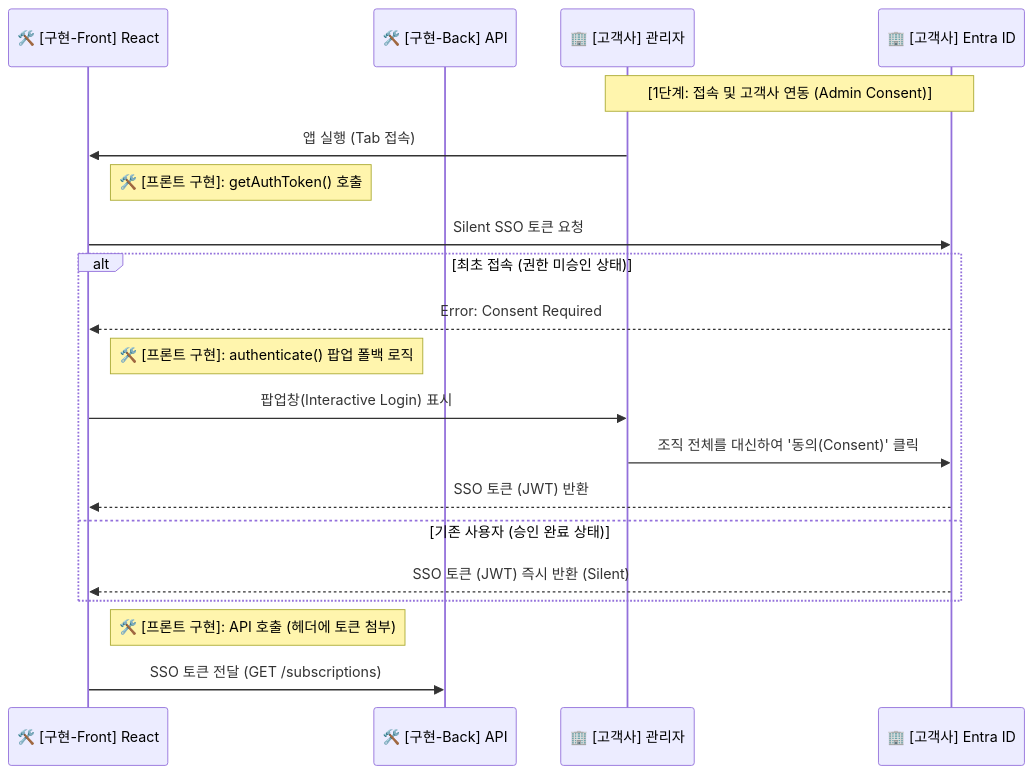
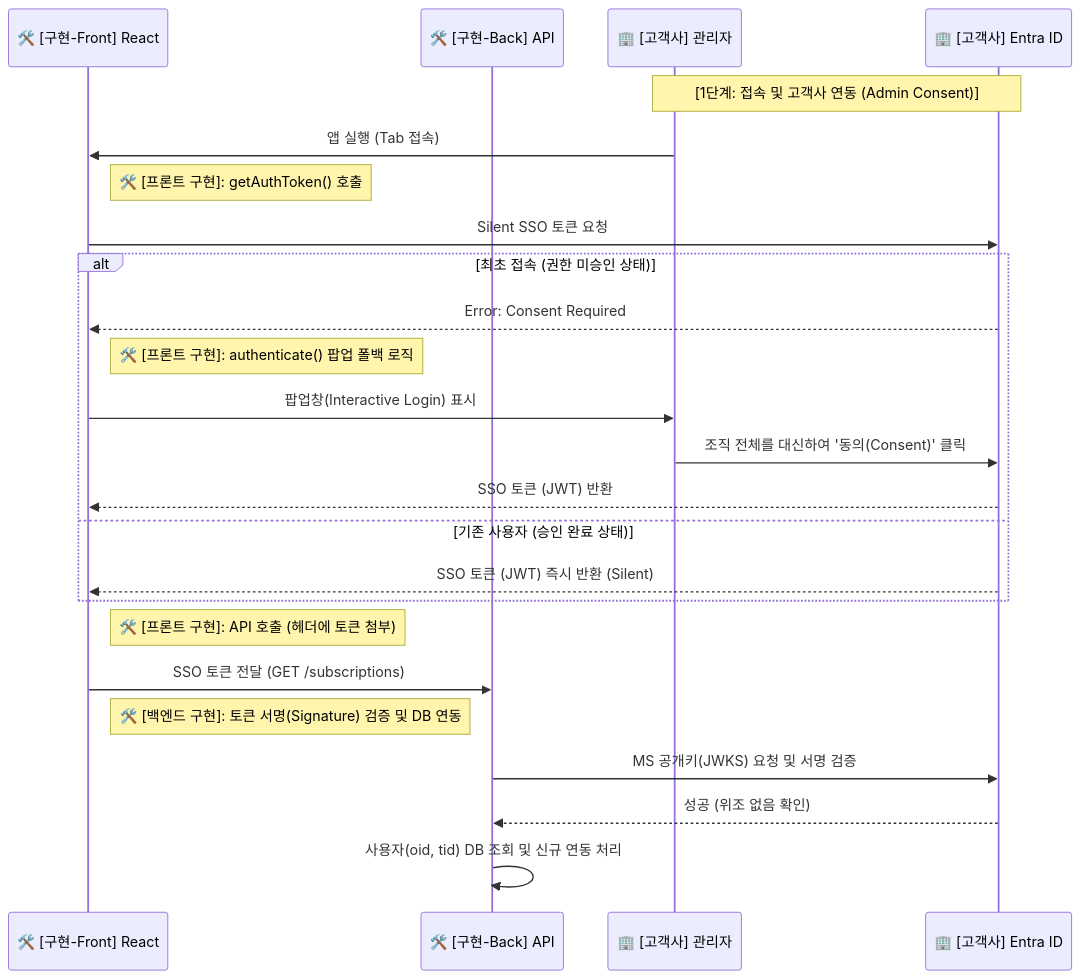
One commit to chjcmy/study changed the diagram in azure/projects/1-admin-consent.md. Above: the diagram before and after it, drawn with Mermaid. The commit also changed 1 other file, not shown here.

Commit message:
docs: add backend JWT verification and DB link to sequence diagrams

````diff
--- a/azure/projects/1-admin-consent.md
+++ b/azure/projects/1-admin-consent.md
@@ -27,26 +27,32 @@
 ```mermaid
 sequenceDiagram
     participant Teams as 🛠️ [구현-Front] React
     participant SaaS as 🛠️ [구현-Back] API
     participant Admin as 🏢 [고객사] 관리자
     participant C_Entra as 🏢 [고객사] Entra ID
 
     Note over Admin, C_Entra: [1단계: 접속 및 고객사 연동 (Admin Consent)]
     Admin->>Teams: 앱 실행 (Tab 접속)
     
     Note right of Teams: 🛠️ [프론트 구현]: getAuthToken() 호출
     Teams->>C_Entra: Silent SSO 토큰 요청 
     
     alt 최초 접속 (권한 미승인 상태)
         C_Entra-->>Teams: Error: Consent Required
         Note right of Teams: 🛠️ [프론트 구현]: authenticate() 팝업 폴백 로직
         Teams->>Admin: 팝업창(Interactive Login) 표시
         Admin->>C_Entra: 조직 전체를 대신하여 '동의(Consent)' 클릭
         C_Entra-->>Teams: SSO 토큰 (JWT) 반환
     else 기존 사용자 (승인 완료 상태)
         C_Entra-->>Teams: SSO 토큰 (JWT) 즉시 반환 (Silent)
     end
 
     Note right of Teams: 🛠️ [프론트 구현]: API 호출 (헤더에 토큰 첨부)
     Teams->>SaaS: SSO 토큰 전달 (GET /subscriptions)
+    
+    Note left of SaaS: 🛠️ [백엔드 구현]: 토큰 서명(Signature) 검증 및 DB 연동
+    SaaS->>C_Entra: MS 공개키(JWKS) 요청 및 서명 검증
+    C_Entra-->>SaaS: 성공 (위조 없음 확인)
+    
+    SaaS->>SaaS: 사용자(oid, tid) DB 조회 및 신규 연동 처리
 ```
````
